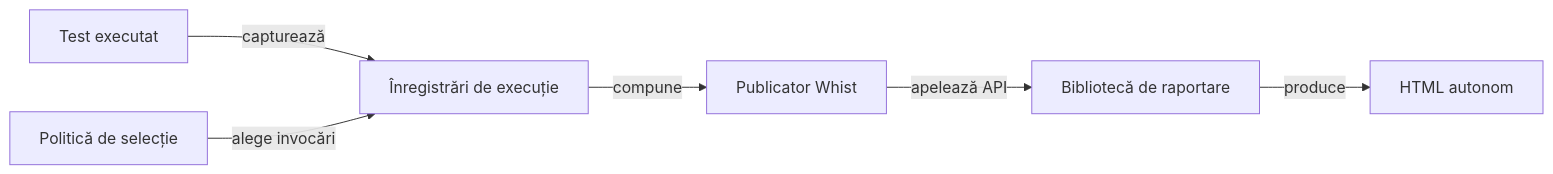
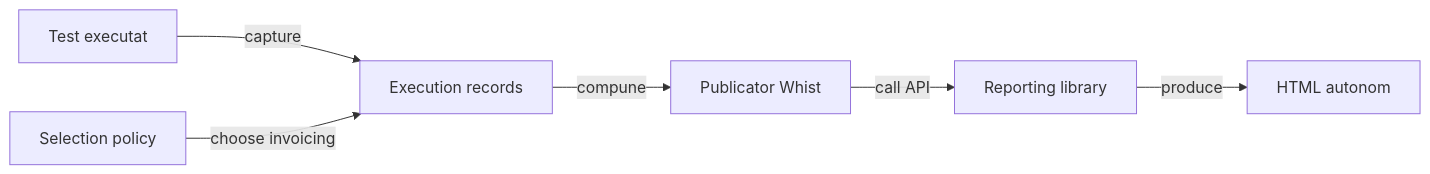
Before and after one commit to crististefanita/atf_j4: the diagram in docs/reporting/README.md, drawn with Mermaid. The commit also changed other lines of this file and 122 other files, not shown here.

````diff
--- a/docs/reporting/README.md
+++ b/docs/reporting/README.md
@@ -9,8 +9,8 @@
 ```mermaid
 flowchart LR
-TEST[Test executat] -->|capturează| RECEIPT[Înregistrări de execuție]
-SELECT[Politică de selecție] -->|alege invocări| RECEIPT
+TEST[Test executat] -->|capture| RECEIPT[Execution records]
+SELECT[Selection policy] -->|choose invoicing| RECEIPT
 RECEIPT -->|compune| CONSUMER[Publicator Whist]
-CONSUMER -->|apelează API| LIB[Bibliotecă de raportare]
+CONSUMER -->|call API| LIB[Reporting library]
 LIB -->|produce| HTML[HTML autonom]
 ```
````
